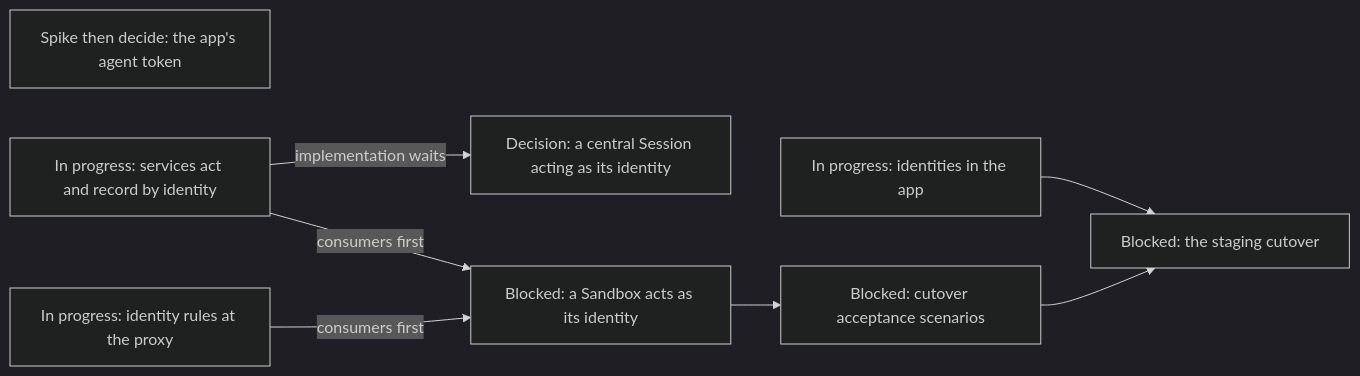
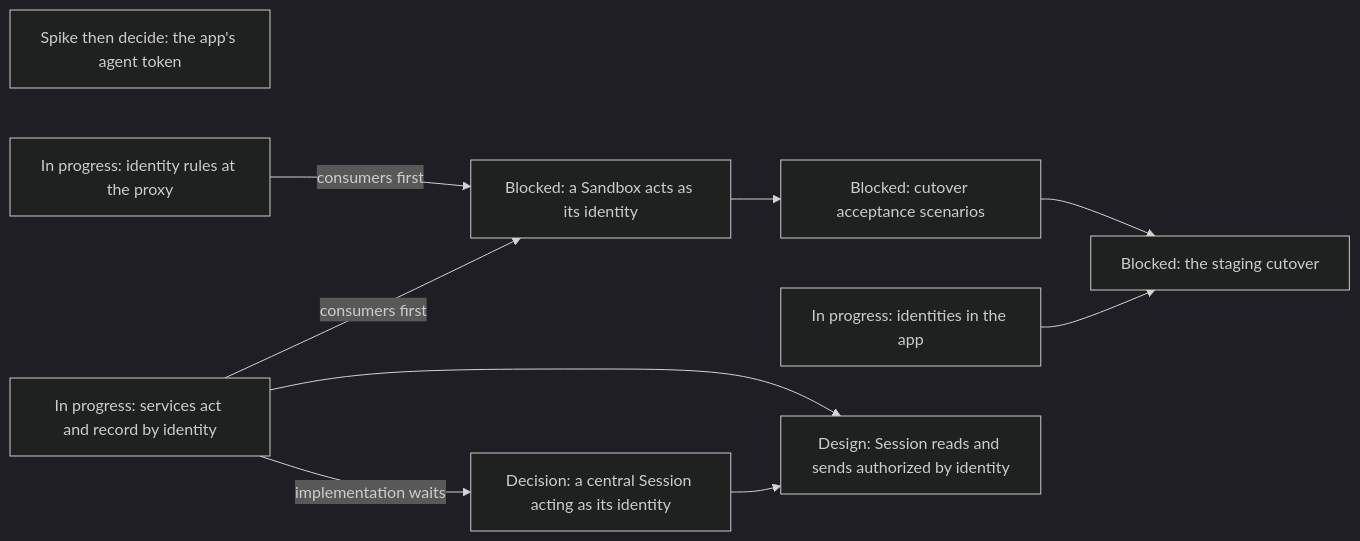
One commit to agentydragon/ducktape changed diagram 17 of 19 in agentplane/plans/task_dag.md. Above: the diagram before and after it, drawn with Mermaid (dark theme). The commit also changed other lines of this file and 3 other files, not shown here.

First line of the commit message:
agentplane/plans: SESSION_IDENTITY_AUTHZ, Session reads and sends authorized by identity

````diff
--- a/agentplane/plans/task_dag.md
+++ b/agentplane/plans/task_dag.md
@@ -3034,15 +3034,18 @@
 ```mermaid
 flowchart LR
     APP_AGENT_TOKEN_DECISION[Spike then decide: the app's agent token]
     CENTRAL_SESSION_ACTING_DESIGN[Decision: a central Session acting as its identity]
     SERVICES_IDENTITY_PRINCIPAL -->|implementation waits| CENTRAL_SESSION_ACTING_DESIGN
     APP_IDENTITIES_UI[In progress: identities in the app]
     EGRESS_IDENTITY_RULES[In progress: identity rules at the proxy]
     SERVICES_IDENTITY_PRINCIPAL[In progress: services act and record by identity]
     SANDBOX_IDENTITY_SPEC[Blocked: a Sandbox acts as its identity]
     EGRESS_IDENTITY_RULES -->|consumers first| SANDBOX_IDENTITY_SPEC
     SERVICES_IDENTITY_PRINCIPAL -->|consumers first| SANDBOX_IDENTITY_SPEC
     SANDBOX_IDENTITY_SPEC --> IDENTITY_SYSTEM_TESTS[Blocked: cutover acceptance scenarios]
     IDENTITY_SYSTEM_TESTS --> IDENTITY_CUTOVER[Blocked: the staging cutover]
     APP_IDENTITIES_UI --> IDENTITY_CUTOVER
+    SESSION_IDENTITY_AUTHZ[Design: Session reads and sends authorized by identity]
+    SERVICES_IDENTITY_PRINCIPAL --> SESSION_IDENTITY_AUTHZ
+    CENTRAL_SESSION_ACTING_DESIGN --> SESSION_IDENTITY_AUTHZ
 ```
````
